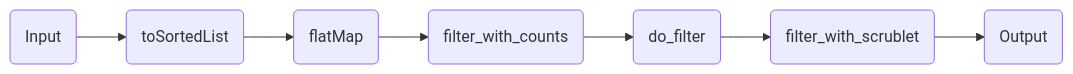
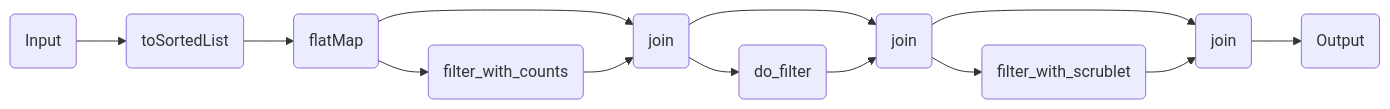
The diagram in components/workflows/multiomics/rna_singlesample.qmd (openpipelines-bio/website), drawn with Mermaid before and after one commit. The commit also changed other lines of this file and 92 other files, not shown here.

````diff
--- a/components/workflows/multiomics/rna_singlesample.qmd
+++ b/components/workflows/multiomics/rna_singlesample.qmd
@@ -117,18 +131,27 @@
 ```{mermaid}
 %%| column: screen-inset-shaded
 flowchart LR
     p0(Input)
     p3(toSortedList)
     p5(flatMap)
-    p13(filter_with_counts)
-    p23(do_filter)
-    p34(filter_with_scrublet)
-    p43(Output)
+    p12(filter_with_counts)
+    p14(join)
+    p22(do_filter)
+    p24(join)
+    p32(filter_with_scrublet)
+    p34(join)
+    p42(Output)
     p0-->p3
     p3-->p5
-    p5-->p13
-    p13-->p23
-    p23-->p34
-    p34-->p43
+    p5-->p14
+    p5-->p12
+    p12-->p14
+    p14-->p24
+    p14-->p22
+    p22-->p24
+    p24-->p34
+    p24-->p32
+    p32-->p34
+    p34-->p42
 
 ```
````
